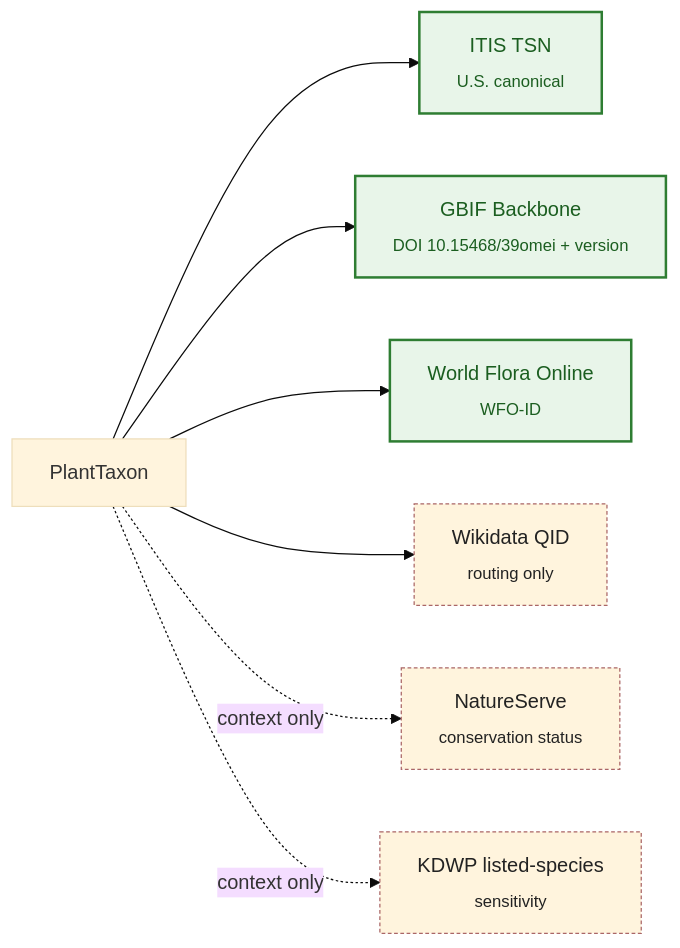
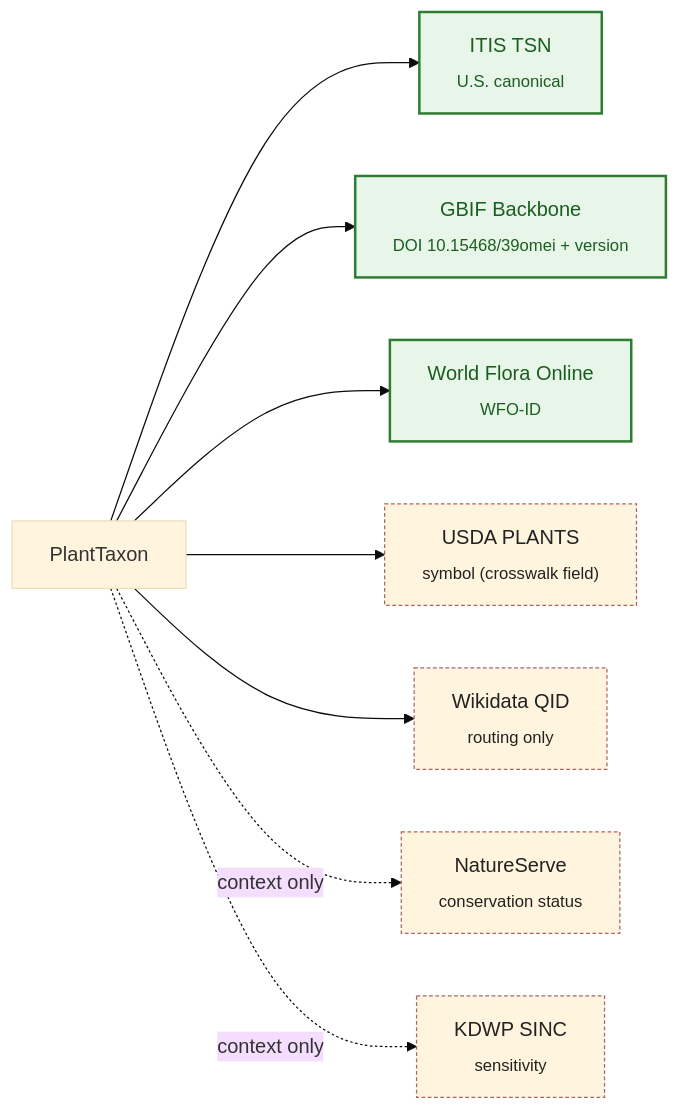
One commit to bartytime4life/Kansas-Frontier-Matrix changed the second of 3 diagrams in docs/domains/flora/IDENTITY_MODEL.md. Above: the diagram before and after it, drawn with Mermaid (base theme). The commit also changed other lines of this file, not shown here.

````diff
--- a/docs/domains/flora/IDENTITY_MODEL.md
+++ b/docs/domains/flora/IDENTITY_MODEL.md
@@ -208,15 +223,16 @@
 ```mermaid
 flowchart LR
   PT["PlantTaxon"]
   PT --> IT["ITIS TSN<br/><sub>U.S. canonical</sub>"]
   PT --> GB["GBIF Backbone<br/><sub>DOI 10.15468/39omei + version</sub>"]
   PT --> WFO["World Flora Online<br/><sub>WFO-ID</sub>"]
+  PT --> PL["USDA PLANTS<br/><sub>symbol (crosswalk field)</sub>"]
   PT --> WD["Wikidata QID<br/><sub>routing only</sub>"]
   PT -. context only .-> NS["NatureServe<br/><sub>conservation status</sub>"]
-  PT -. context only .-> KDWP["KDWP listed-species<br/><sub>sensitivity</sub>"]
+  PT -. context only .-> KDWP["KDWP SINC<br/><sub>sensitivity</sub>"]
 
   classDef strong stroke:#2e7d32,stroke-width:2px,fill:#e8f5e9,color:#1b5e20;
   classDef weak stroke:#a66,stroke-dasharray: 3 2,color:#222;
   class IT,GB,WFO strong;
-  class WD,NS,KDWP weak;
+  class PL,WD,NS,KDWP weak;
 ```
````
